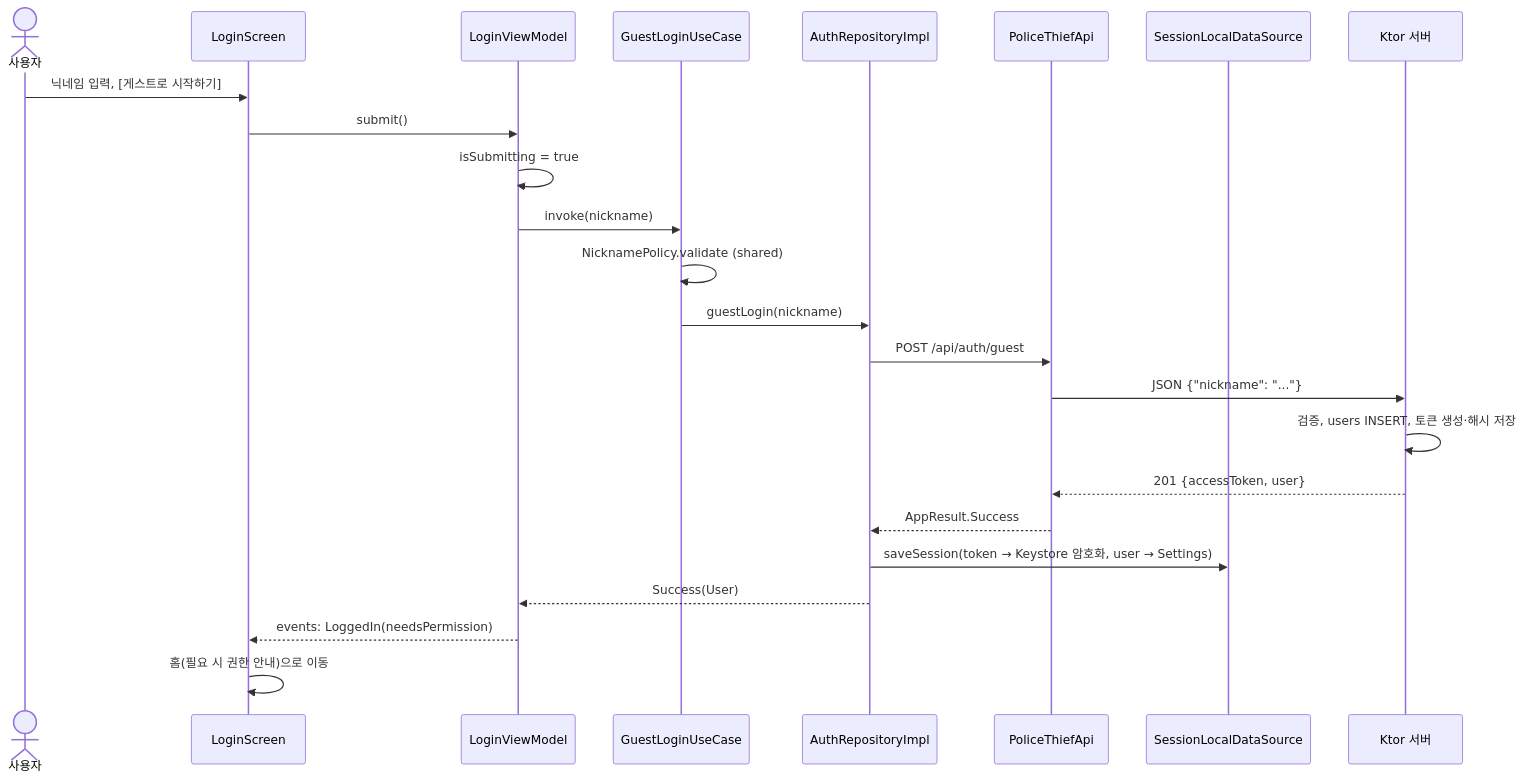
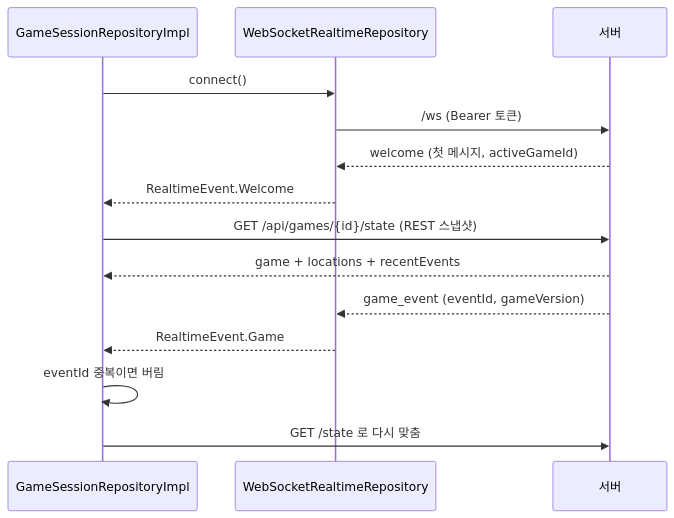
Before and after one commit to wjsekdus/Team_Network: the fourth of 4 diagrams in docs/architecture/ARCHITECTURE.md, drawn with Mermaid. The commit also changed other lines of this file and 104 other files, not shown here.

Commit message:
feat: complete police and thief game implementation

````diff
--- a/docs/architecture/ARCHITECTURE.md
+++ b/docs/architecture/ARCHITECTURE.md
@@ -145,26 +179,16 @@
 ```mermaid
 sequenceDiagram
-    actor U as 사용자
-    participant S as LoginScreen
-    participant VM as LoginViewModel
-    participant UC as GuestLoginUseCase
-    participant R as AuthRepositoryImpl
-    participant API as PoliceThiefApi
-    participant L as SessionLocalDataSource
-    participant SV as Ktor 서버
-    U->>S: 닉네임 입력, [게스트로 시작하기]
-    S->>VM: submit()
-    VM->>VM: isSubmitting = true
-    VM->>UC: invoke(nickname)
-    UC->>UC: NicknamePolicy.validate (shared)
-    UC->>R: guestLogin(nickname)
-    R->>API: POST /api/auth/guest
-    API->>SV: JSON {"nickname": "..."}
-    SV->>SV: 검증, users INSERT, 토큰 생성·해시 저장
-    SV-->>API: 201 {accessToken, user}
-    API-->>R: AppResult.Success
-    R->>L: saveSession(token → Keystore 암호화, user → Settings)
-    R-->>VM: Success(User)
-    VM-->>S: events: LoggedIn(needsPermission)
-    S->>S: 홈(필요 시 권한 안내)으로 이동
+    participant App as GameSessionRepositoryImpl
+    participant WS as WebSocketRealtimeRepository
+    participant S as 서버
+    App->>WS: connect()
+    WS->>S: /ws (Bearer 토큰)
+    S-->>WS: welcome (첫 메시지, activeGameId)
+    WS-->>App: RealtimeEvent.Welcome
+    App->>S: GET /api/games/{id}/state (REST 스냅샷)
+    S-->>App: game + locations + recentEvents
+    S-->>WS: game_event (eventId, gameVersion)
+    WS-->>App: RealtimeEvent.Game
+    App->>App: eventId 중복이면 버림
+    App->>S: GET /state 로 다시 맞춤
 ```
````
